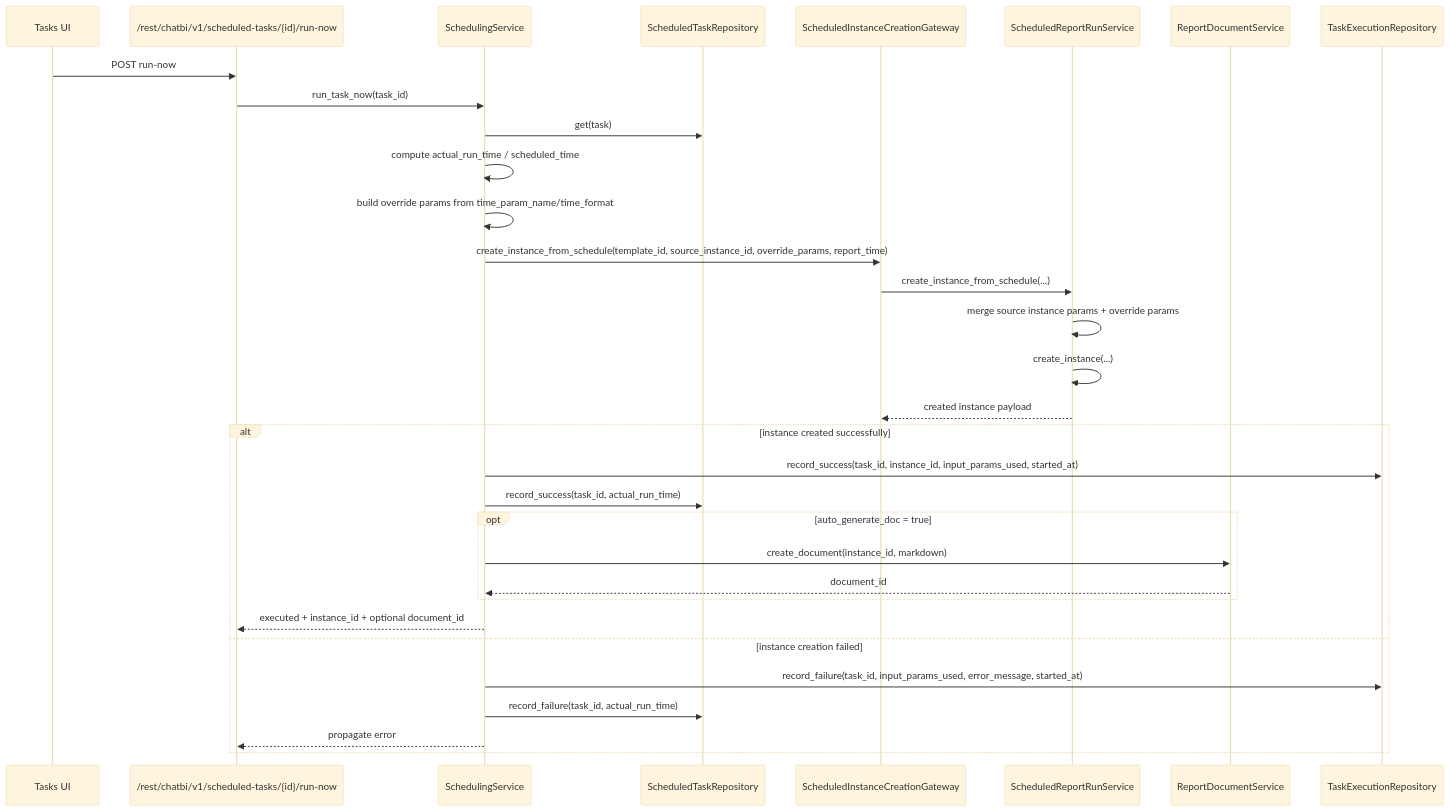
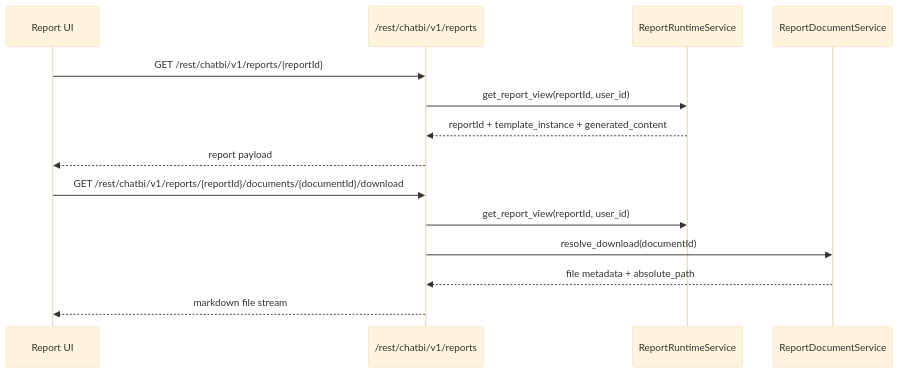
One commit to shel447/ReportSystem changed the second of 3 diagrams in design/implementation/runtime_sequences.md. Above: the diagram before and after it, drawn with Mermaid (base theme). The commit also changed other lines of this file and 15 other files, not shown here.

````diff
--- a/design/implementation/runtime_sequences.md
+++ b/design/implementation/runtime_sequences.md
@@ -72,35 +64,18 @@
 ```mermaid
 sequenceDiagram
-    participant UI as Tasks UI
-    participant API as /rest/chatbi/v1/scheduled-tasks/{id}/run-now
-    participant App as SchedulingService
-    participant TaskRepo as ScheduledTaskRepository
-    participant Runtime as ScheduledInstanceCreationGateway
-    participant ReportApp as ScheduledReportRunService
+    participant UI as Report UI
+    participant API as /rest/chatbi/v1/reports
+    participant Runtime as ReportRuntimeService
     participant Doc as ReportDocumentService
-    participant ExecRepo as TaskExecutionRepository
 
-    UI->>API: POST run-now
-    API->>App: run_task_now(task_id)
-    App->>TaskRepo: get(task)
-    App->>App: compute actual_run_time / scheduled_time
-    App->>App: build override params from time_param_name/time_format
-    App->>Runtime: create_instance_from_schedule(template_id, source_instance_id, override_params, report_time)
-    Runtime->>ReportApp: create_instance_from_schedule(...)
-    ReportApp->>ReportApp: merge source instance params + override params
-    ReportApp->>ReportApp: create_instance(...)
-    ReportApp-->>Runtime: created instance payload
-    alt instance created successfully
-        App->>ExecRepo: record_success(task_id, instance_id, input_params_used, started_at)
-        App->>TaskRepo: record_success(task_id, actual_run_time)
-        opt auto_generate_doc = true
-            App->>Doc: create_document(instance_id, markdown)
-            Doc-->>App: document_id
-        end
-        App-->>API: executed + instance_id + optional document_id
-    else instance creation failed
-        App->>ExecRepo: record_failure(task_id, input_params_used, error_message, started_at)
-        App->>TaskRepo: record_failure(task_id, actual_run_time)
-        App-->>API: propagate error
-    end
+    UI->>API: GET /rest/chatbi/v1/reports/{reportId}
+    API->>Runtime: get_report_view(reportId, user_id)
+    Runtime-->>API: reportId + template_instance + generated_content
+    API-->>UI: report payload
+
+    UI->>API: GET /rest/chatbi/v1/reports/{reportId}/documents/{documentId}/download
+    API->>Runtime: get_report_view(reportId, user_id)
+    API->>Doc: resolve_download(documentId)
+    Doc-->>API: file metadata + absolute_path
+    API-->>UI: markdown file stream
 ```
````
